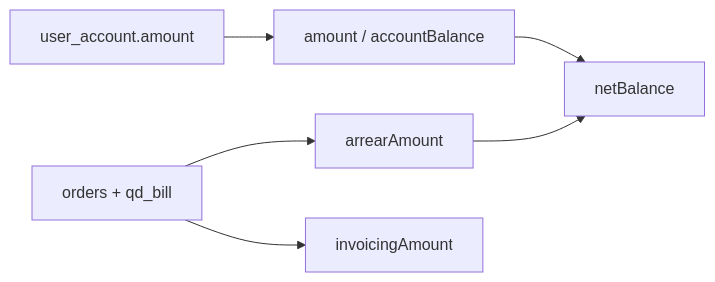
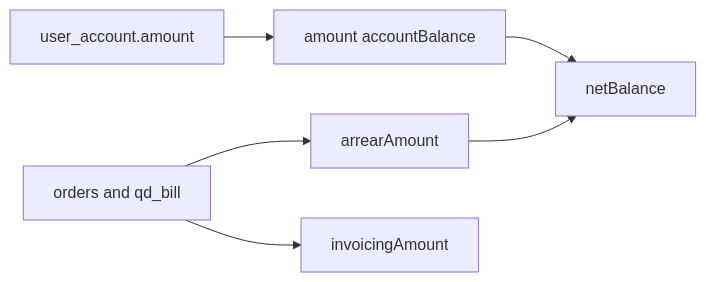
The sixth of 6 diagrams in README.md (TZTANG97/utoo-pydjango), drawn with Mermaid before and after one commit. The commit also changed other lines of this file, not shown here.

Commit message:
docs: simplify Mermaid for old GitLab parser (no cylinder nodes).

````diff
--- a/README.md
+++ b/README.md
@@ -281,8 +277,8 @@
 ```mermaid
 graph LR
-  UA[user_account.amount] --> Amount[amount / accountBalance]
-  Orders[orders + qd_bill] --> Arrear[arrearAmount]
+  UA[user_account.amount] --> Amount[amount accountBalance]
+  Orders[orders and qd_bill] --> Arrear[arrearAmount]
   Orders --> Invoice[invoicingAmount]
   Amount --> Net[netBalance]
   Arrear --> Net
 ```
````
